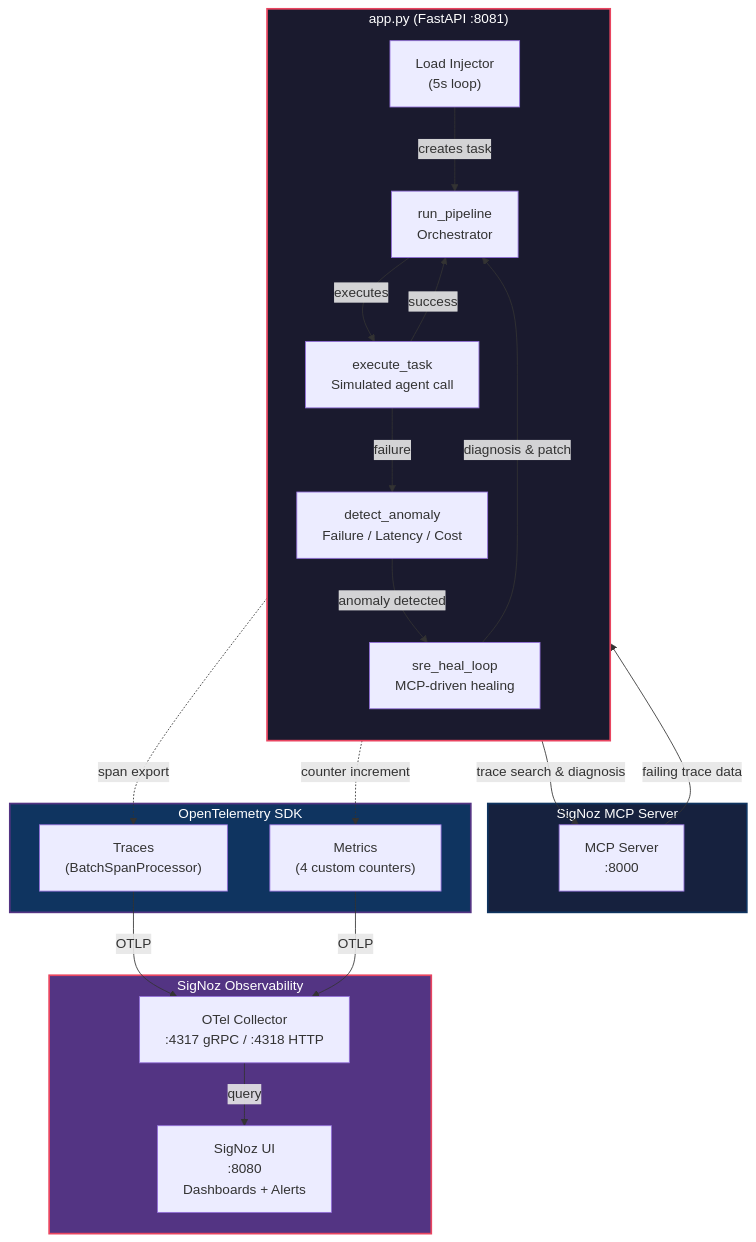
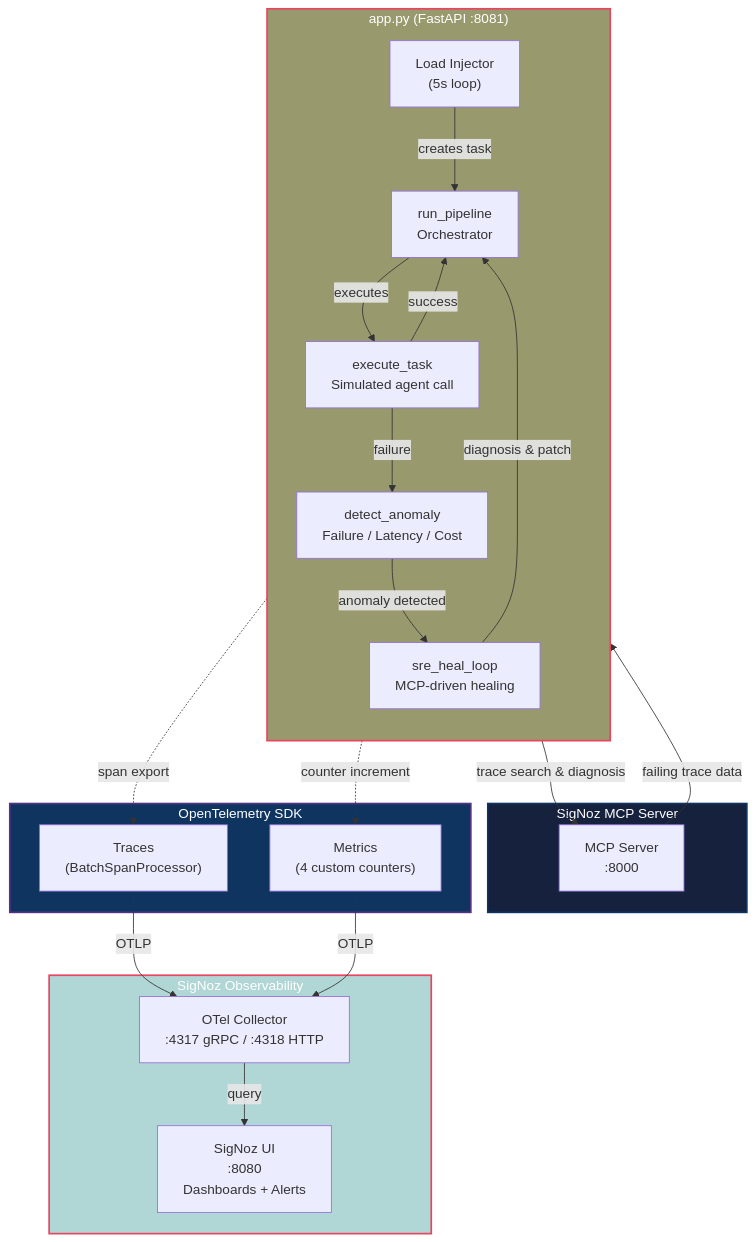
The diagram in README.md (YOBO-DANCE/PROJECT-HACKATHON-WE-MAKE-DEVS), drawn with Mermaid before and after one commit.

Commit message:
Modify color styles in README diagram
Updated color styles for FastAPI and SigNoz in the diagram.

````diff
--- a/README.md
+++ b/README.md
@@ -41,40 +41,40 @@
 ```mermaid
 flowchart TB
     subgraph FastAPI["app.py (FastAPI :8081)"]
         direction TB
         LI["Load Injector<br/>(5s loop)"] -->|"creates task"| RP["run_pipeline<br/>Orchestrator"]
         RP -->|"executes"| ET["execute_task<br/>Simulated agent call"]
         ET -->|"success"| RP
         ET -->|"failure"| DA["detect_anomaly<br/>Failure / Latency / Cost"]
         DA -->|"anomaly detected"| SH["sre_heal_loop<br/>MCP-driven healing"]
         SH -->|"diagnosis & patch"| RP
     end
 
     subgraph MCP["SigNoz MCP Server"]
         MCP_SRV["MCP Server<br/>:8000"]
     end
 
     subgraph OTel["OpenTelemetry SDK"]
         TRACES["Traces<br/>(BatchSpanProcessor)"]
         METRICS["Metrics<br/>(4 custom counters)"]
     end
 
     subgraph SigNoz["SigNoz Observability"]
         OTLP_GW["OTel Collector<br/>:4317 gRPC / :4318 HTTP"]
         SIGNOZ_UI["SigNoz UI<br/>:8080<br/>Dashboards + Alerts"]
     end
 
     SH -->|"trace search & diagnosis"| MCP_SRV
     MCP_SRV -->|"failing trace data"| SH
 
     RP -.->|"span export"| TRACES
     RP -.->|"counter increment"| METRICS
     TRACES -->|"OTLP"| OTLP_GW
     METRICS -->|"OTLP"| OTLP_GW
     OTLP_GW -->|"query"| SIGNOZ_UI
 
-    style FastAPI fill:#1a1a2e,stroke:#e94560,stroke-width:2px,color:#fff
+    style FastAPI fill:#99996e,stroke:#e94560,stroke-width:2px,color:#fff
     style MCP fill:#16213e,stroke:#0f3460,stroke-width:2px,color:#fff
     style OTel fill:#0f3460,stroke:#533483,stroke-width:2px,color:#fff
-    style SigNoz fill:#533483,stroke:#e94560,stroke-width:2px,color:#fff
+    style SigNoz fill:#b0d6d5,stroke:#e94560,stroke-width:2px,color:#fff
 ```
````
